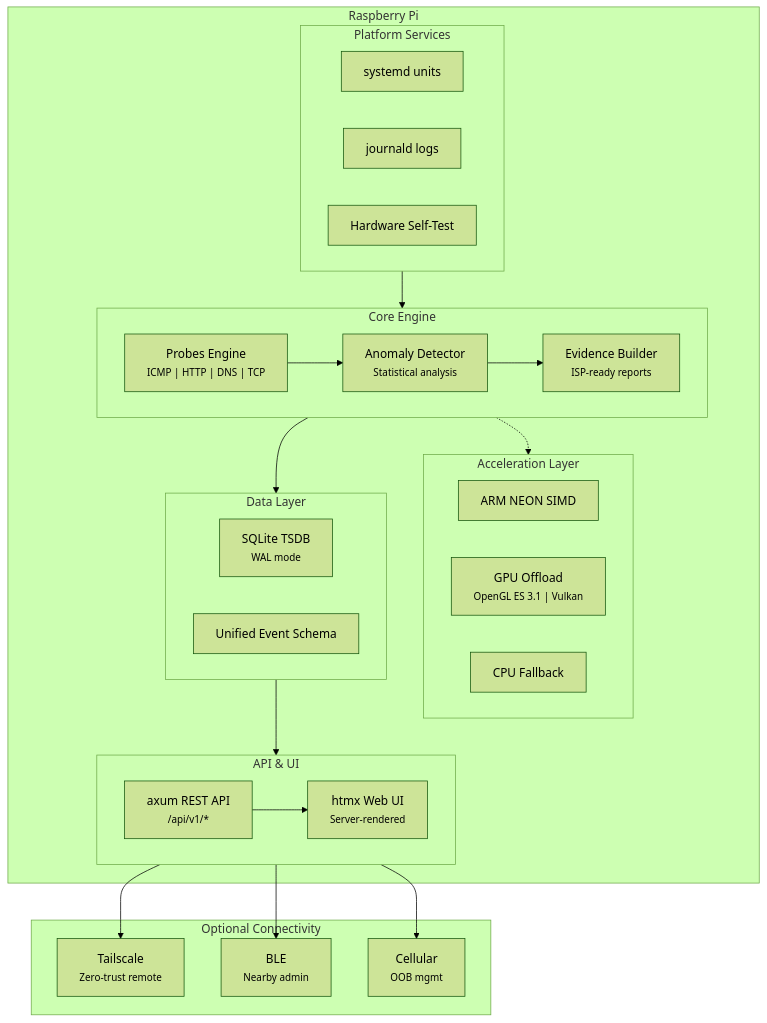
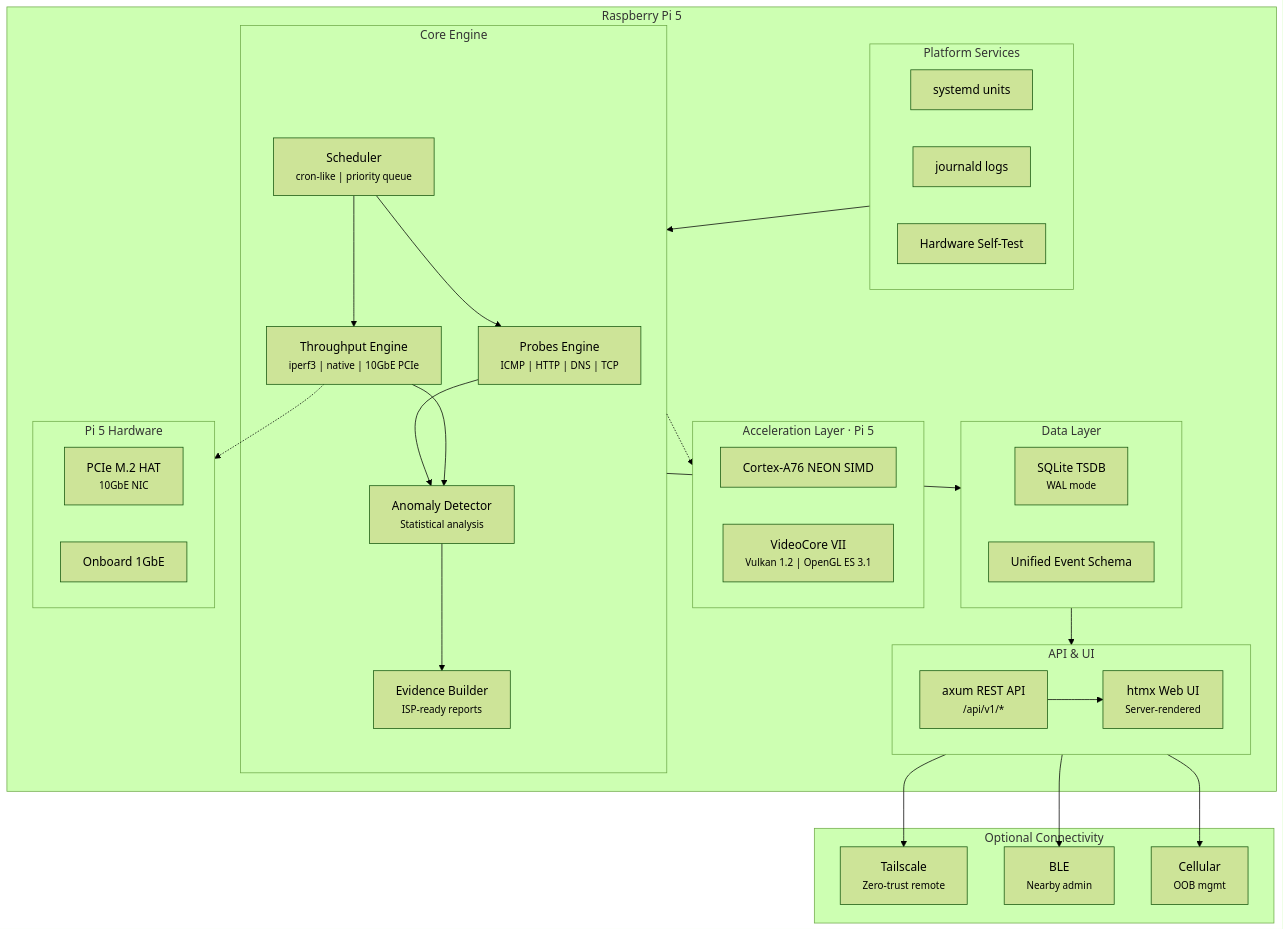
One commit to ParkWardRR/PacketParamedic changed the first of 3 diagrams in README.md. Above: the diagram before and after it, drawn with Mermaid (forest theme). The commit also changed other lines of this file and 2 other files, not shown here.

First line of the commit message:
Add 10GbE testing, scheduling engine, and Pi 5-only policy

````diff
--- a/README.md
+++ b/README.md
@@ -51,49 +61,60 @@
 ```mermaid
 graph TB
-    subgraph RaspberryPi["Raspberry Pi"]
+    subgraph RaspberryPi["Raspberry Pi 5"]
         subgraph Core["Core Engine"]
             Probes["Probes Engine<br/><small>ICMP | HTTP | DNS | TCP</small>"]
+            Throughput["Throughput Engine<br/><small>iperf3 | native | 10GbE PCIe</small>"]
+            Scheduler["Scheduler<br/><small>cron-like | priority queue</small>"]
             Detect["Anomaly Detector<br/><small>Statistical analysis</small>"]
             Evidence["Evidence Builder<br/><small>ISP-ready reports</small>"]
-            Probes --> Detect --> Evidence
+            Scheduler --> Probes
+            Scheduler --> Throughput
+            Probes --> Detect
+            Throughput --> Detect
+            Detect --> Evidence
         end
 
-        subgraph Accel["Acceleration Layer"]
-            NEON["ARM NEON SIMD"]
-            GPU["GPU Offload<br/><small>OpenGL ES 3.1 | Vulkan</small>"]
-            Fallback["CPU Fallback"]
+        subgraph Accel["Acceleration Layer · Pi 5"]
+            NEON["Cortex-A76 NEON SIMD"]
+            GPU["VideoCore VII<br/><small>Vulkan 1.2 | OpenGL ES 3.1</small>"]
         end
 
         subgraph Data["Data Layer"]
             SQLite["SQLite TSDB<br/><small>WAL mode</small>"]
             Schema["Unified Event Schema"]
         end
 
         subgraph API["API & UI"]
             Axum["axum REST API<br/><small>/api/v1/*</small>"]
             HTMX["htmx Web UI<br/><small>Server-rendered</small>"]
             Axum --> HTMX
         end
 
         subgraph Platform["Platform Services"]
             Systemd["systemd units"]
             Journald["journald logs"]
             Selftest["Hardware Self-Test"]
         end
 
+        subgraph HW["Pi 5 Hardware"]
+            PCIe["PCIe M.2 HAT<br/><small>10GbE NIC</small>"]
+            Onboard["Onboard 1GbE"]
+        end
+
         Core --> Data
         Core -.-> Accel
         Data --> API
         Platform --> Core
+        Throughput -.-> HW
     end
 
     subgraph Optional["Optional Connectivity"]
         Tailscale["Tailscale<br/><small>Zero-trust remote</small>"]
         BLE["BLE<br/><small>Nearby admin</small>"]
         Cellular["Cellular<br/><small>OOB mgmt</small>"]
     end
 
     API --> Tailscale
     API --> BLE
     API --> Cellular
 ```
````
